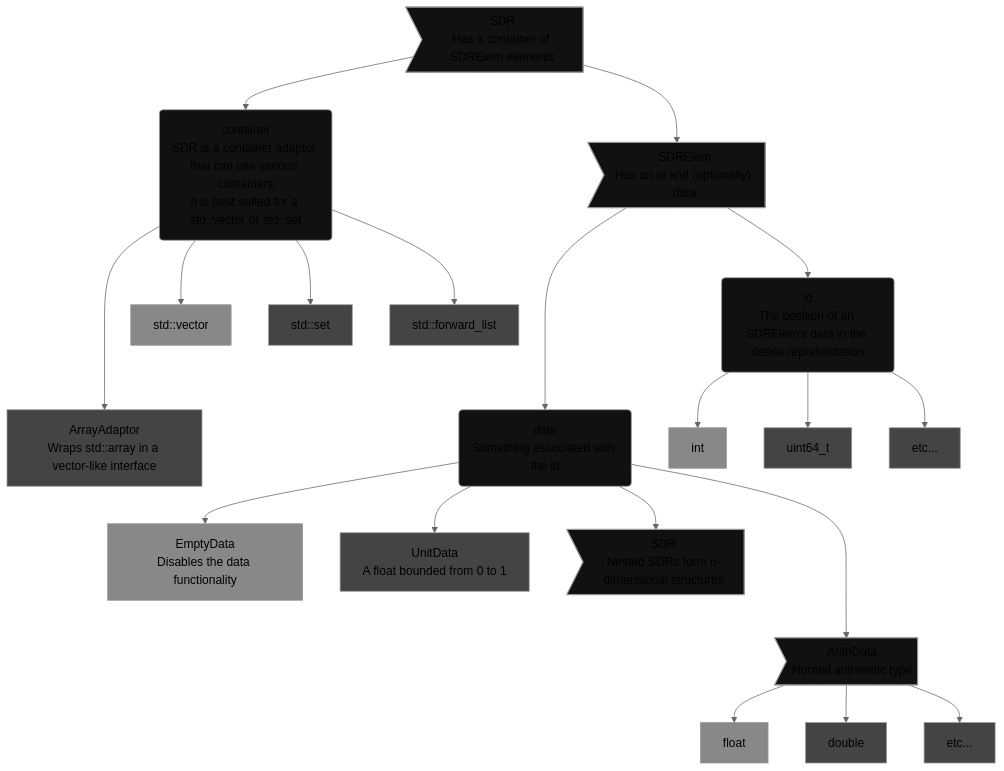
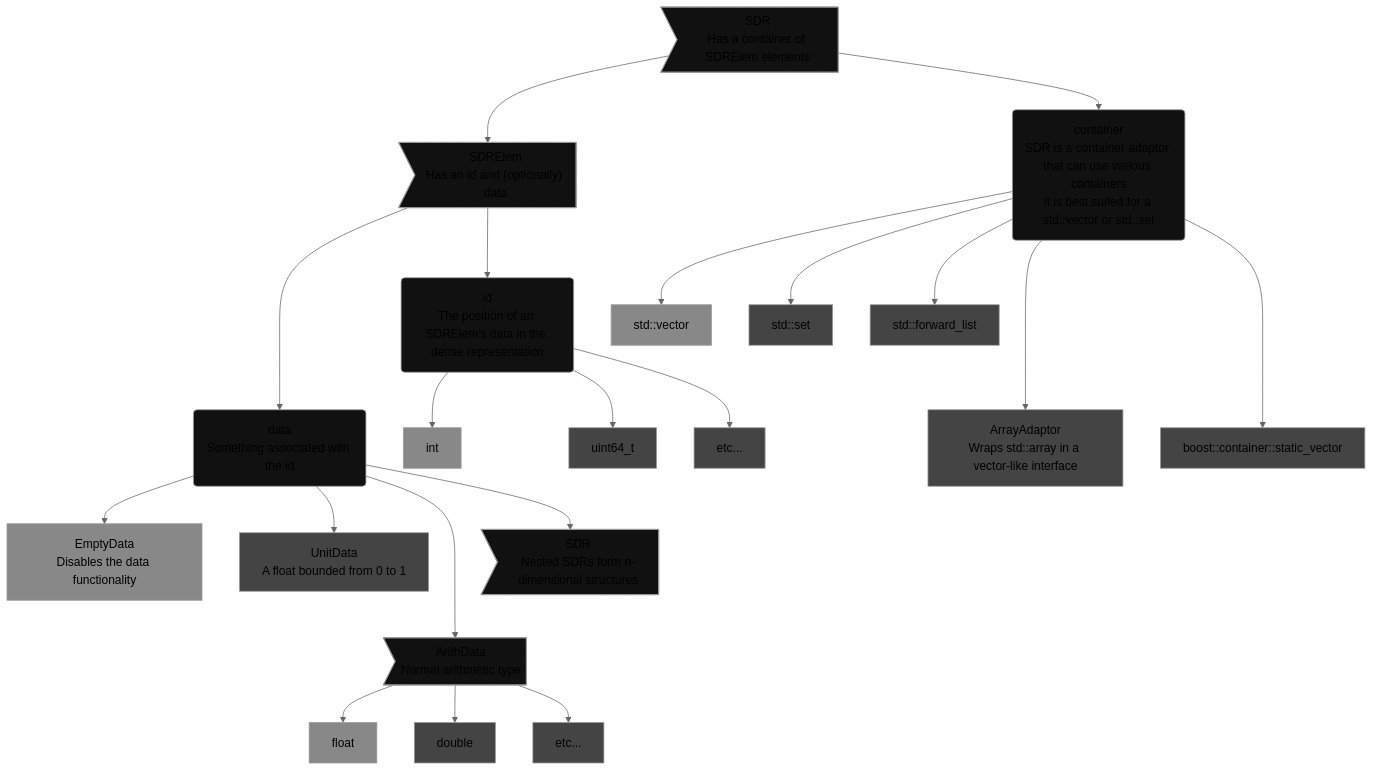
One commit to jagprog5/SDR changed the second of 2 diagrams in README.md. Above: the diagram before and after it, drawn with Mermaid (neutral theme). The commit also changed 6 other files, not shown here.

````diff
--- a/README.md
+++ b/README.md
@@ -103,61 +103,63 @@
 ```mermaid
 flowchart TB
     SDR>"SDR\nHas a container of SDRElem elements"]
     SDRElem>"SDRElem\nHas an id and (optionally) data"]
     container("container\nSDR is a container adaptor that can use various containers\nIt is best suited for a std::vector or std::set")
     ArrayAdaptor["ArrayAdaptor\nWraps std::array in a vector-like interface"]
     EmptyData["EmptyData\nDisables the data functionality"]
     UnitData["UnitData\nA float bounded from 0 to 1"]
     ArithData>"ArithData\nNormal arithmetic type"]
     SDR2>"SDR\nNested SDRs form n-dimensional structures"]
     id("id\nThe position of an SDRElem's data in the dense representation")
     data("data\nSomething associated with the id")
 
     SDR-->SDRElem
     SDR-->container
     container-->std::vector
     container-->std::set
     container-->std::forward_list
     container--->ArrayAdaptor
+    container--->boost::container::static_vector
 
     SDRElem--->data
     SDRElem-->id
 
     id-->int
     id-->uint64_t
     id-->etc...
 
     data-->EmptyData
     data-->UnitData
     data--->ArithData
     data-->SDR2
 
     ArithData-->float
     ArithData-->double
     etc2["etc..."]
     ArithData-->etc2
 
 style SDR fill:#111
 style container fill:#111
 style SDRElem fill:#111
 style id fill:#111
 style data fill:#111
 
 style ArrayAdaptor fill:#444
+style boost::container::static_vector fill:#444
 style std::set fill:#444
 style std::forward_list fill:#444
 style UnitData fill:#444
 style ArithData fill:#111
 style uint64_t fill:#444
 style etc... fill:#444
 style SDR2 fill:#111
 
 style std::vector fill:#888
 style EmptyData fill:#888
 style int fill:#888
 
 style float fill:#888
 style double fill:#444
 style etc2 fill:#444
 
 ```
````
